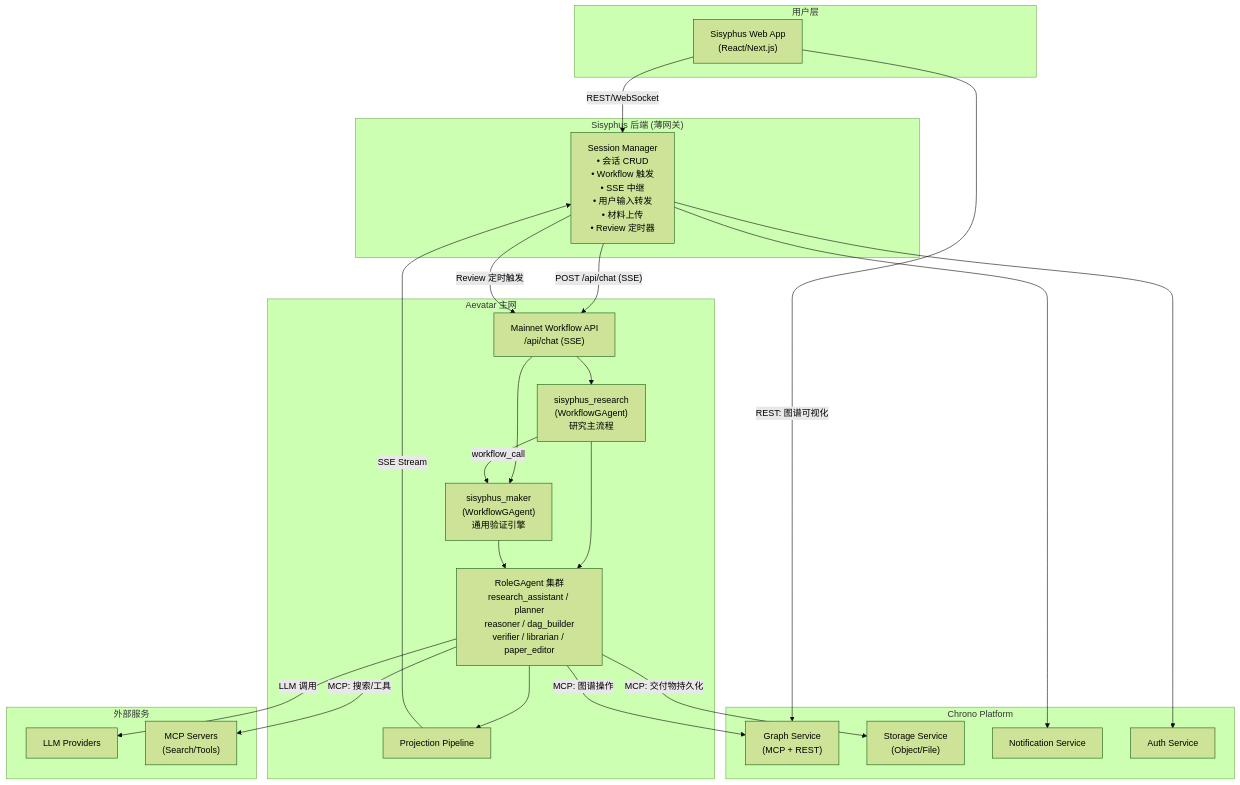
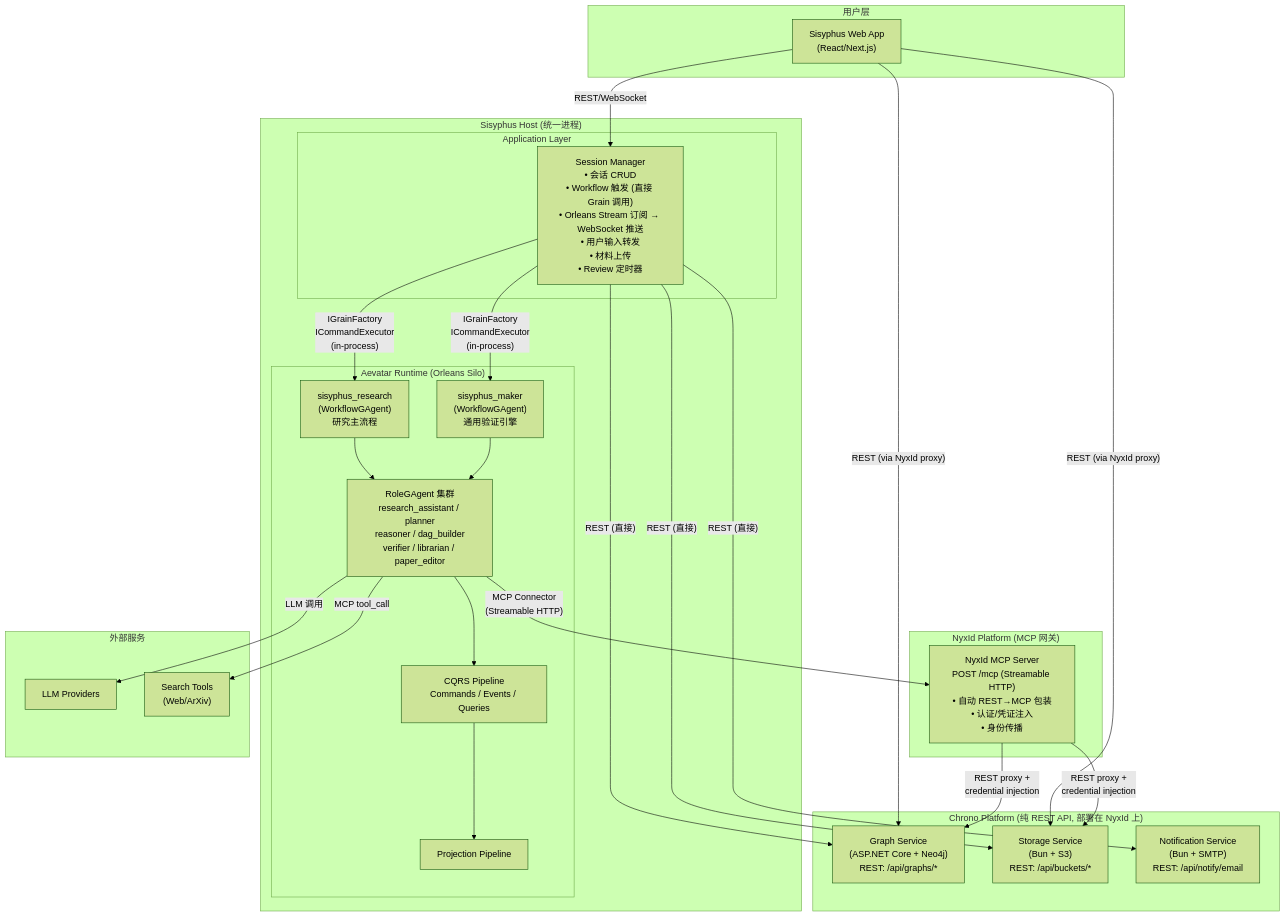
The first of 14 diagrams in apps/sisyphus/docs/Architecture.md (aevatarAI/aevatar), drawn with Mermaid (forest theme) before and after one commit. The commit also changed other lines of this file, not shown here.

Commit message:
Architecture update

````diff
--- a/apps/sisyphus/docs/Architecture.md
+++ b/apps/sisyphus/docs/Architecture.md
@@ -52,49 +68,49 @@
 ```mermaid
 graph TB
     subgraph "用户层"
         WEB["Sisyphus Web App<br/>(React/Next.js)"]
     end
 
-    subgraph "Sisyphus 后端 (薄网关)"
-        API["Session Manager<br/>• 会话 CRUD<br/>• Workflow 触发<br/>• SSE 中继<br/>• 用户输入转发<br/>• 材料上传<br/>• Review 定时器"]
+    subgraph "Sisyphus Host (统一进程)"
+        subgraph "Application Layer"
+            SM["Session Manager<br/>• 会话 CRUD<br/>• Workflow 触发 (直接 Grain 调用)<br/>• Orleans Stream 订阅 → WebSocket 推送<br/>• 用户输入转发<br/>• 材料上传<br/>• Review 定时器"]
+        end
+
+        subgraph "Aevatar Runtime (Orleans Silo)"
+            WF1["sisyphus_research<br/>(WorkflowGAgent)<br/>研究主流程"]
+            WF2["sisyphus_maker<br/>(WorkflowGAgent)<br/>通用验证引擎"]
+            ROLES["RoleGAgent 集群<br/>research_assistant / planner<br/>reasoner / dag_builder<br/>verifier / librarian / paper_editor"]
+            CQRS["CQRS Pipeline<br/>Commands / Events / Queries"]
+            PROJ["Projection Pipeline"]
+        end
+
+        SM -->|"IGrainFactory<br/>ICommandExecutor<br/>(in-process)"| WF1 & WF2
+        WF1 & WF2 --> ROLES
+        ROLES --> CQRS --> PROJ
     end
 
-    subgraph "Aevatar 主网"
-        MW["Mainnet Workflow API<br/>/api/chat (SSE)"]
-        WF1["sisyphus_research<br/>(WorkflowGAgent)<br/>研究主流程"]
-        WF2["sisyphus_maker<br/>(WorkflowGAgent)<br/>通用验证引擎"]
-        ROLES["RoleGAgent 集群<br/>research_assistant / planner<br/>reasoner / dag_builder<br/>verifier / librarian / paper_editor"]
-        PROJ["Projection Pipeline"]
+    subgraph "NyxId Platform (MCP 网关)"
+        NYXID["NyxId MCP Server<br/>POST /mcp (Streamable HTTP)<br/>• 自动 REST→MCP 包装<br/>• 认证/凭证注入<br/>• 身份传播"]
     end
 
-    subgraph "Chrono Platform"
-        GS["Graph Service<br/>(MCP + REST)"]
-        SS["Storage Service<br/>(Object/File)"]
-        NS["Notification Service"]
-        AS["Auth Service"]
+    subgraph "Chrono Platform (纯 REST API, 部署在 NyxId 上)"
+        GS["Graph Service<br/>(ASP.NET Core + Neo4j)<br/>REST: /api/graphs/*"]
+        SS["Storage Service<br/>(Bun + S3)<br/>REST: /api/buckets/*"]
+        NS["Notification Service<br/>(Bun + SMTP)<br/>REST: /api/notify/email"]
     end
 
     subgraph "外部服务"
         LLM["LLM Providers"]
-        MCP_EXT["MCP Servers<br/>(Search/Tools)"]
+        SEARCH["Search Tools<br/>(Web/ArXiv)"]
     end
 
-    WEB -->|"REST/WebSocket"| API
-    WEB -->|"REST: 图谱可视化"| GS
+    WEB -->|"REST/WebSocket"| SM
+    WEB -->|"REST (via NyxId proxy)"| GS
+    WEB -->|"REST (via NyxId proxy)"| SS
 
-    API -->|"POST /api/chat (SSE)"| MW
-    MW --> WF1 & WF2
-    WF1 -->|"workflow_call"| WF2
-    WF1 & WF2 --> ROLES
-    ROLES --> PROJ
-    PROJ -->|"SSE Stream"| API
-
-    ROLES -->|"MCP: 图谱操作"| GS
-    ROLES -->|"MCP: 交付物持久化"| SS
+    ROLES -->|"MCP Connector<br/>(Streamable HTTP)"| NYXID
+    NYXID -->|"REST proxy +<br/>credential injection"| GS & SS
+    SM -->|"REST (直接)"| GS & SS & NS
     ROLES -->|"LLM 调用"| LLM
-    ROLES -->|"MCP: 搜索/工具"| MCP_EXT
-
-    API -->|"Review 定时触发"| MW
-    API --> NS
-    API --> AS
+    ROLES -->|"MCP tool_call"| SEARCH
 ```
````
